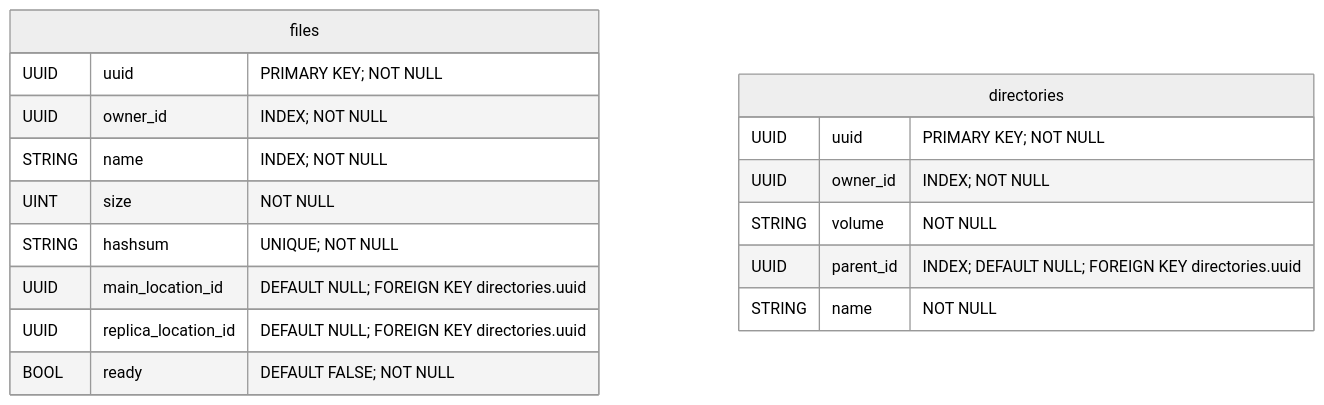
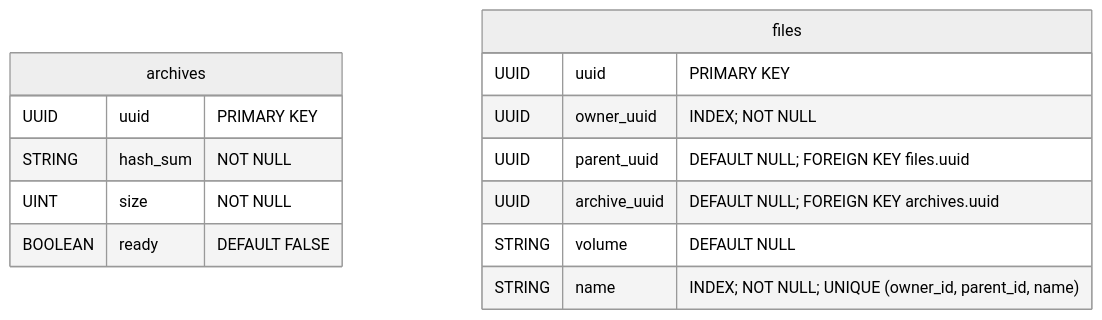
One commit to hawks-atlanta/docs changed the third of 4 diagrams in Database.md. Above: the diagram before and after it, drawn with Mermaid (neutral theme). The commit also changed other lines of this file, not shown here.

Commit message:
docs(database): Update metadata "ER" diagram
Some fixes to ensure the "Atomicity" and avoid race conditions

````diff
--- a/Database.md
+++ b/Database.md
@@ -74,21 +74,18 @@
 ```mermaid
 erDiagram
-	files {
-		UUID    uuid                "PRIMARY KEY; NOT NULL"
-		UUID    owner_id            "INDEX; NOT NULL"
-		STRING  name                "INDEX; NOT NULL"
-		UINT    size                "NOT NULL"
-		STRING  hashsum             "UNIQUE; NOT NULL"
-		UUID    main_location_id    "DEFAULT NULL; FOREIGN KEY directories.uuid"
-		UUID    replica_location_id "DEFAULT NULL; FOREIGN KEY directories.uuid"
-		BOOL    ready               "DEFAULT FALSE; NOT NULL"
+	archives {
+		UUID    uuid        "PRIMARY KEY"
+		STRING  hash_sum    "NOT NULL"
+		UINT    size        "NOT NULL"
+		BOOLEAN ready       "DEFAULT FALSE"
 	}
 
-	directories {
-		UUID        uuid        "PRIMARY KEY; NOT NULL"
-		UUID        owner_id    "INDEX; NOT NULL"
-		STRING      volume      "NOT NULL"
-		UUID        parent_id   "INDEX; DEFAULT NULL; FOREIGN KEY directories.uuid"
-		STRING      name        "NOT NULL"
+	files {
+		UUID    uuid            "PRIMARY KEY"
+		UUID    owner_uuid      "INDEX; NOT NULL"
+		UUID    parent_uuid     "DEFAULT NULL; FOREIGN KEY files.uuid"
+		UUID    archive_uuid    "DEFAULT NULL; FOREIGN KEY archives.uuid"
+		STRING  volume          "DEFAULT NULL"
+		STRING  name            "INDEX; NOT NULL; UNIQUE (owner_id, parent_id, name)"
 	}
 ```
````
